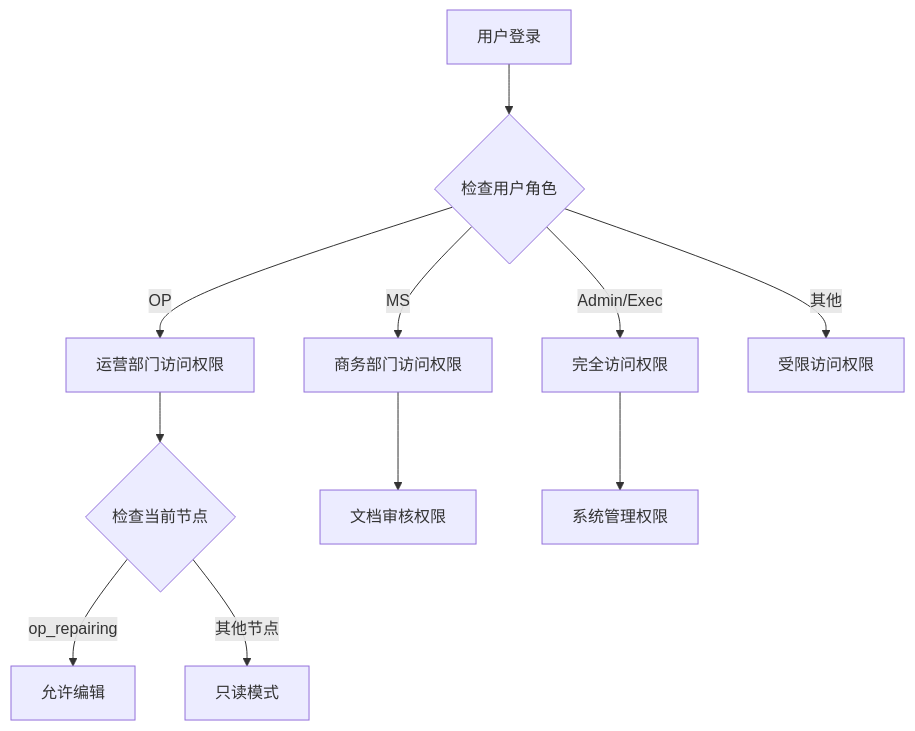
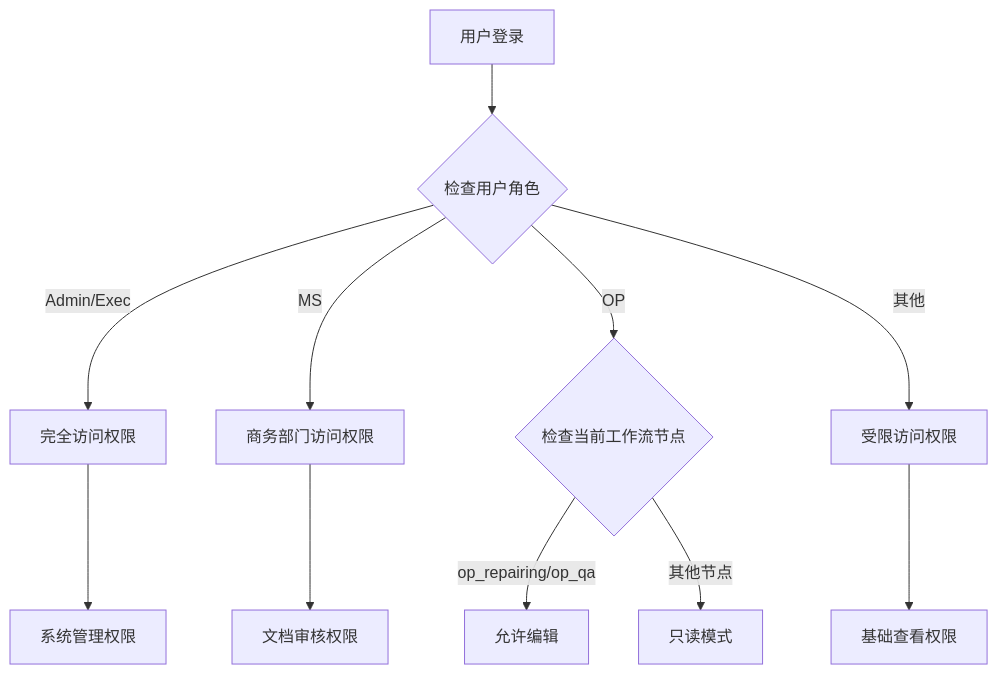
The third of 8 diagrams in .qoder/repowiki/zh/content/前端组件架构/服务工作流增强/运营维修报告编辑器.md (CubeEdge/Longhorn), drawn with Mermaid before and after one commit. The commit also changed other lines of this file and 3 other files, not shown here.

````diff
--- a/.qoder/repowiki/zh/content/前端组件架构/服务工作流增强/运营维修报告编辑器.md
+++ b/.qoder/repowiki/zh/content/前端组件架构/服务工作流增强/运营维修报告编辑器.md
@@ -145,13 +176,13 @@
 ```mermaid
 flowchart TD
 A[用户登录] --> B{检查用户角色}
 B --> |Admin/Exec| C[完全访问权限]
 B --> |MS| D[商务部门访问权限]
-B --> |OP| E[运营部门访问权限]
+B --> |OP| E{检查当前工作流节点}
 B --> |其他| F[受限访问权限]
-E --> G{检查当前节点}
-G --> |op_repairing| H[允许编辑]
-G --> |其他节点| I[只读模式]
-D --> J[文档审核权限]
-C --> K[系统管理权限]
+E --> |op_repairing/op_qa| G[允许编辑]
+E --> |其他节点| H[只读模式]
+D --> I[文档审核权限]
+C --> J[系统管理权限]
+F --> K[基础查看权限]
 ```
````
